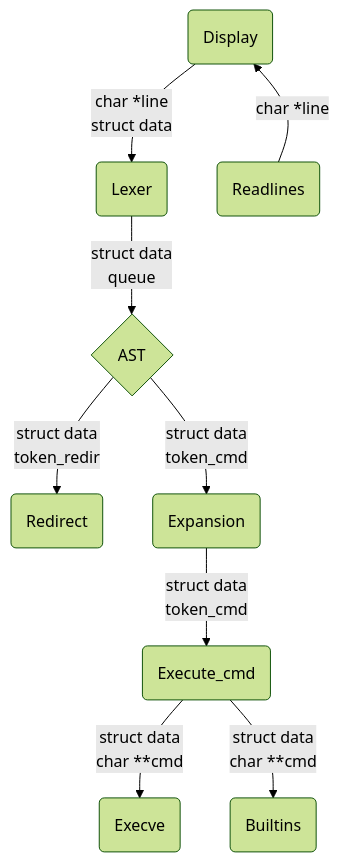
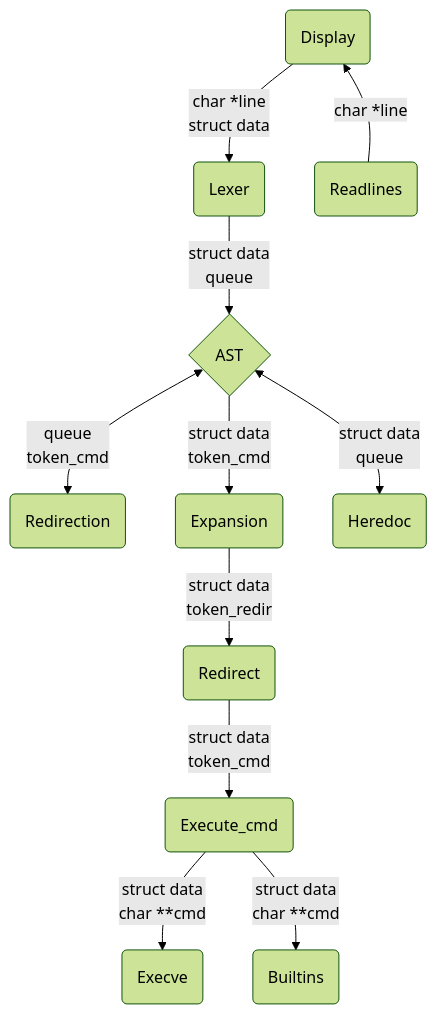
One commit to titouan-lef/42_minishell changed the diagram in README.md. Above: the diagram before and after it, drawn with Mermaid (forest theme). The commit also changed other lines of this file and 1 other file, not shown here.

````diff
--- a/README.md
+++ b/README.md
@@ -61,20 +73,23 @@
 ```mermaid
 graph TB;
     A(Display) --"char *line
 struct data"--> C(Lexer);
     A ~~~ Z(Readlines);
     Z --"char *line"--> A;
     C --"struct data
 queue"--> D{AST};
-    D --"struct data
-token_redir"--> E(Redirect);
+    D <-- "queue
+token_cmd"--> J(Redirection);
     D --"struct data
 token_cmd"--> F(Expansion);
+    D <-- "struct data
+queue"--> K(Heredoc);
     F --"struct data
+token_redir"--> E(Redirect);
+    E --"struct data
 token_cmd" --> G(Execute_cmd);
     G --"struct data
 char **cmd" --> H(Execve);
     G --"struct data
 char **cmd" --> I(Builtins);
-    
 ```
````
